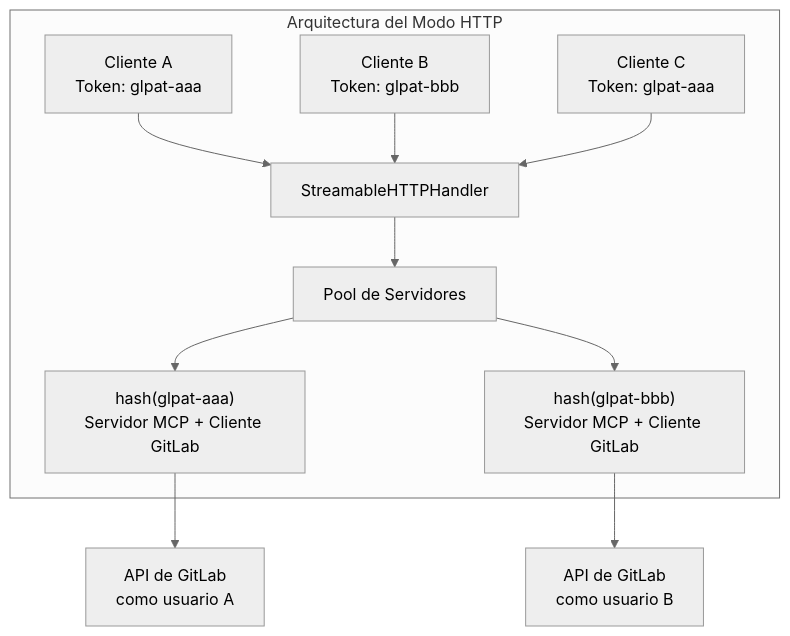
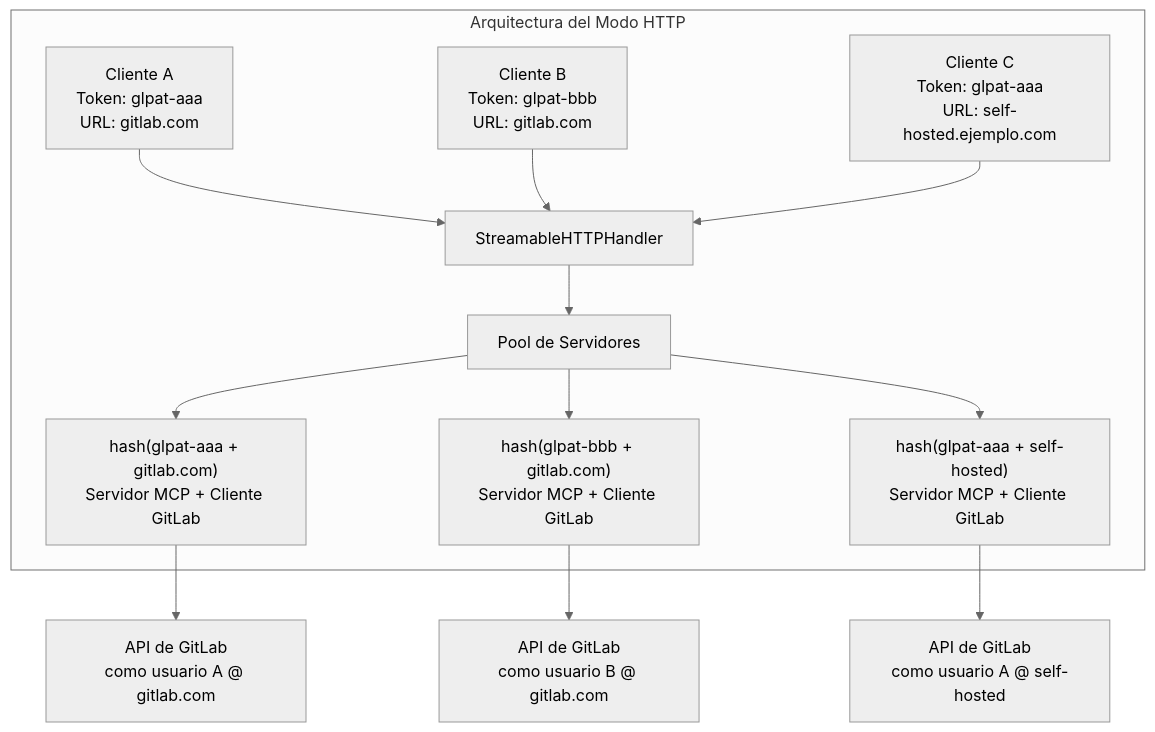
Before and after one commit to jmrplens/gitlab-mcp-server: the diagram in site/src/content/docs/es/operations/http-server.mdx, drawn with Mermaid (neutral theme). The commit also changed other lines of this file and 36 other files, not shown here.

First line of the commit message:
feat(http): support per-request GitLab URL via GITLAB-URL header and add --trusted-proxy-header (#26)

````diff
--- a/site/src/content/docs/es/operations/http-server.mdx
+++ b/site/src/content/docs/es/operations/http-server.mdx
@@ -147,16 +161,18 @@
 ```mermaid
 graph TD
     subgraph "Arquitectura del Modo HTTP"
-        REQ1["Cliente A<br/>Token: glpat-aaa"] --> HANDLER[StreamableHTTPHandler]
-        REQ2["Cliente B<br/>Token: glpat-bbb"] --> HANDLER
-        REQ3["Cliente C<br/>Token: glpat-aaa"] --> HANDLER
+        REQ1["Cliente A<br/>Token: glpat-aaa<br/>URL: gitlab.com"] --> HANDLER[StreamableHTTPHandler]
+        REQ2["Cliente B<br/>Token: glpat-bbb<br/>URL: gitlab.com"] --> HANDLER
+        REQ3["Cliente C<br/>Token: glpat-aaa<br/>URL: self-hosted.ejemplo.com"] --> HANDLER
 
         HANDLER --> POOL[Pool de Servidores]
 
-        POOL --> ENTRY1["hash(glpat-aaa)<br/>Servidor MCP + Cliente GitLab"]
-        POOL --> ENTRY2["hash(glpat-bbb)<br/>Servidor MCP + Cliente GitLab"]
+        POOL --> ENTRY1["hash(glpat-aaa + gitlab.com)<br/>Servidor MCP + Cliente GitLab"]
+        POOL --> ENTRY2["hash(glpat-bbb + gitlab.com)<br/>Servidor MCP + Cliente GitLab"]
+        POOL --> ENTRY3["hash(glpat-aaa + self-hosted)<br/>Servidor MCP + Cliente GitLab"]
     end
 
-    ENTRY1 --> GL1["API de GitLab<br/>como usuario A"]
-    ENTRY2 --> GL2["API de GitLab<br/>como usuario B"]
+    ENTRY1 --> GL1["API de GitLab<br/>como usuario A @ gitlab.com"]
+    ENTRY2 --> GL2["API de GitLab<br/>como usuario B @ gitlab.com"]
+    ENTRY3 --> GL3["API de GitLab<br/>como usuario A @ self-hosted"]
 ```
````
